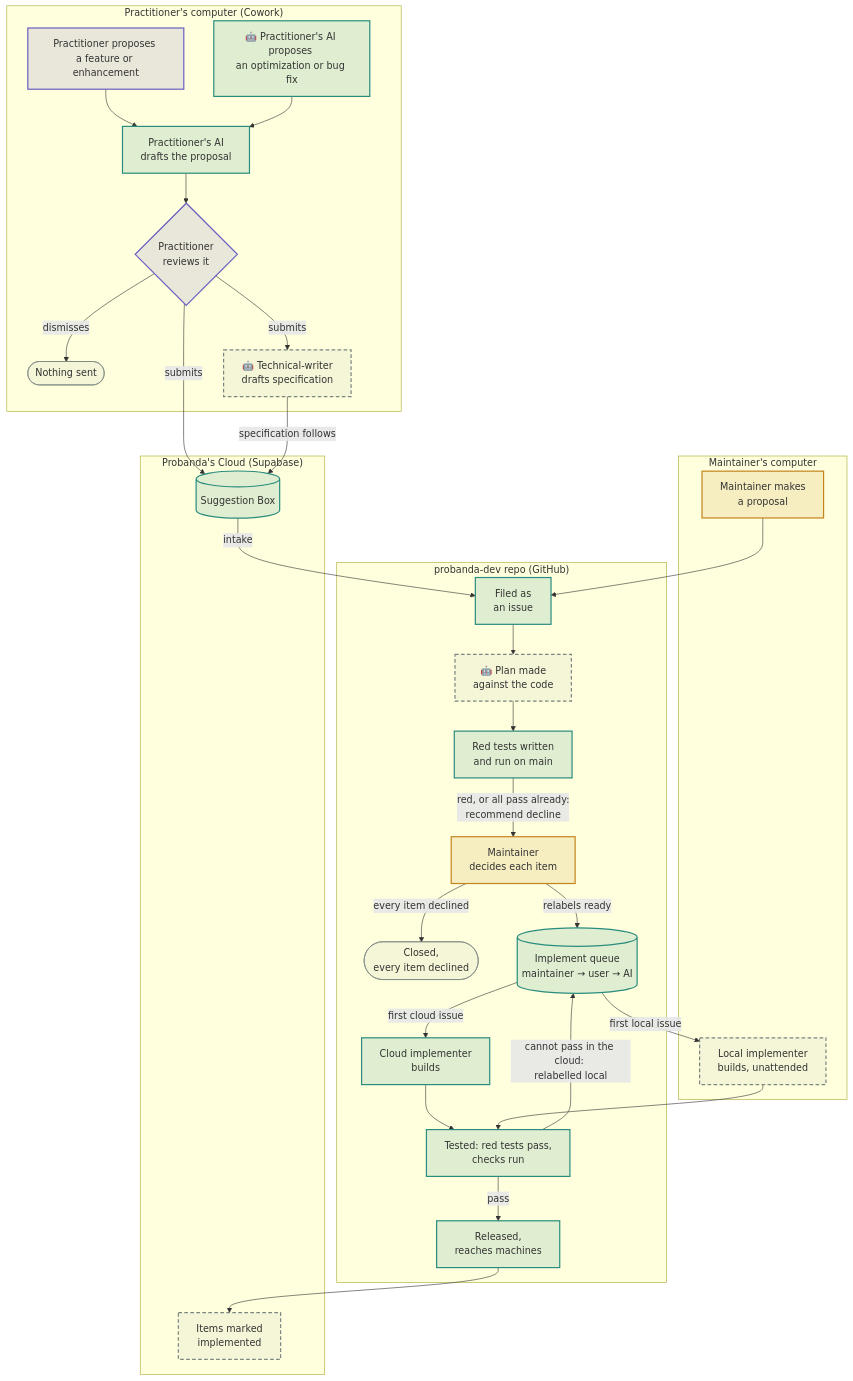
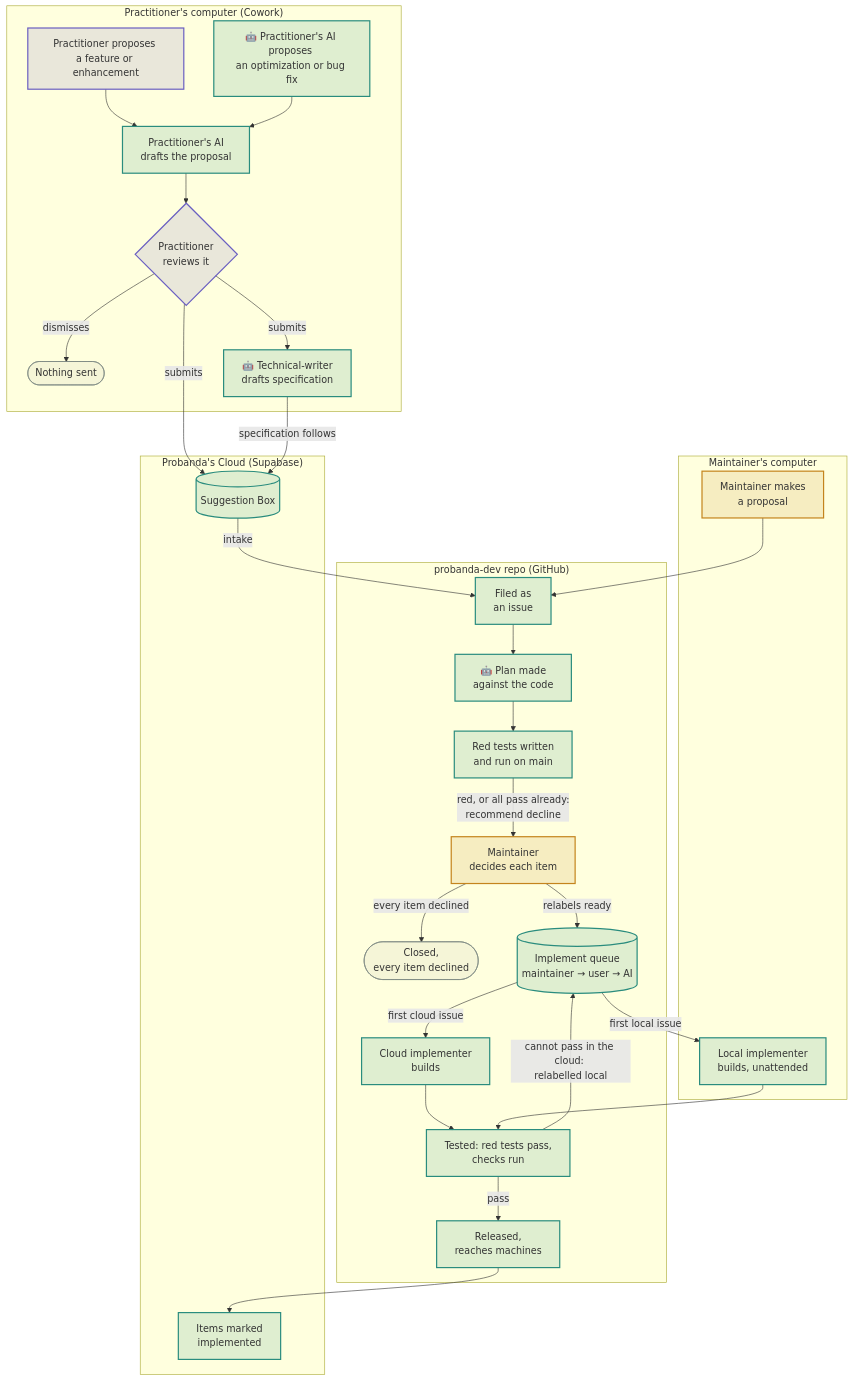
Before and after one commit to Mharbulous/probanda-dev: the diagram in docs/Plans/2026-10-25_suggestion-implementation-lifecycle.md, drawn with Mermaid. The commit also changed other lines of this file and 9 other files, not shown here.

````diff
--- a/docs/Plans/2026-10-25_suggestion-implementation-lifecycle.md
+++ b/docs/Plans/2026-10-25_suggestion-implementation-lifecycle.md
@@ -9,57 +9,56 @@
 ```mermaid
 flowchart TB
   classDef auto fill:#2a8c7e26,stroke:#2a8c7e,stroke-width:2px
   classDef person fill:#c4841d26,stroke:#c4841d,stroke-width:2px
   classDef user fill:#6a5fc126,stroke:#6a5fc1,stroke-width:2px
   classDef stop fill:#7a858014,stroke:#7a8580,stroke-width:1px
-  classDef todo fill:#7a858014,stroke:#7a8580,stroke-width:2px,stroke-dasharray:6 4
 
   subgraph PC["Practitioner's computer (Cowork)"]
     PU["Practitioner proposes <br/>a feature or enhancement"]:::user
     PA["🤖 Practitioner's AI proposes <br/>an optimization or bug fix"]:::auto
     W["Practitioner's AI <br/>drafts the proposal"]:::auto
     R{"Practitioner <br/>reviews it"}:::user
     X(["Nothing sent"]):::stop
-    TW["🤖 Technical-writer <br/>drafts specification"]:::todo
+    TW["🤖 Technical-writer <br/>drafts specification"]:::auto
   end
   subgraph MC["Maintainer's computer"]
     MI["Maintainer makes <br/>a proposal"]:::person
-    LR["Local implementer <br/>builds, unattended"]:::todo
+    LR["Local implementer <br/>builds, unattended"]:::auto
   end
   subgraph GH["probanda-dev repo (GitHub)"]
     F["Filed as <br/>an issue"]:::auto
-    P["🤖 Plan made <br/>against the code"]:::todo
+    P["🤖 Plan made <br/>against the code"]:::auto
     RT["Red tests written <br/>and run on main"]:::auto
     D["Maintainer <br/>decides each item"]:::person
     C(["Closed, <br/>every item declined"]):::stop
     Q[("Implement queue <br/>maintainer → user → AI")]:::auto
     CB["Cloud implementer <br/>builds"]:::auto
     TS["Tested: red tests pass, <br/>checks run"]:::auto
     REL["Released, <br/>reaches machines"]:::auto
   end
   subgraph SBZ["Probanda's Cloud (Supabase)"]
     SB[("Suggestion Box")]:::auto
-    N["Items marked <br/>implemented"]:::todo
+    N["Items marked <br/>implemented"]:::auto
   end
 
   PU --> W
   PA --> W
   W --> R
   R -- "dismisses" --> X
   R -- "submits" --> SB
   R -- "submits" --> TW
   TW -- "specification follows" --> SB
   SB -- "intake" --> F
   MI --> F
   F --> P --> RT
   RT -- "red, or all pass already: <br/>recommend decline" --> D
   D -- "every item declined" --> C
   D -- "relabels ready" --> Q
   Q -- "first cloud issue" --> CB
   Q -- "first local issue" --> LR
   CB --> TS
   LR --> TS
   TS -- "pass" --> REL
   TS -- "cannot pass in the cloud: <br/>relabelled local" --> Q
   REL --> N
 ```
````
